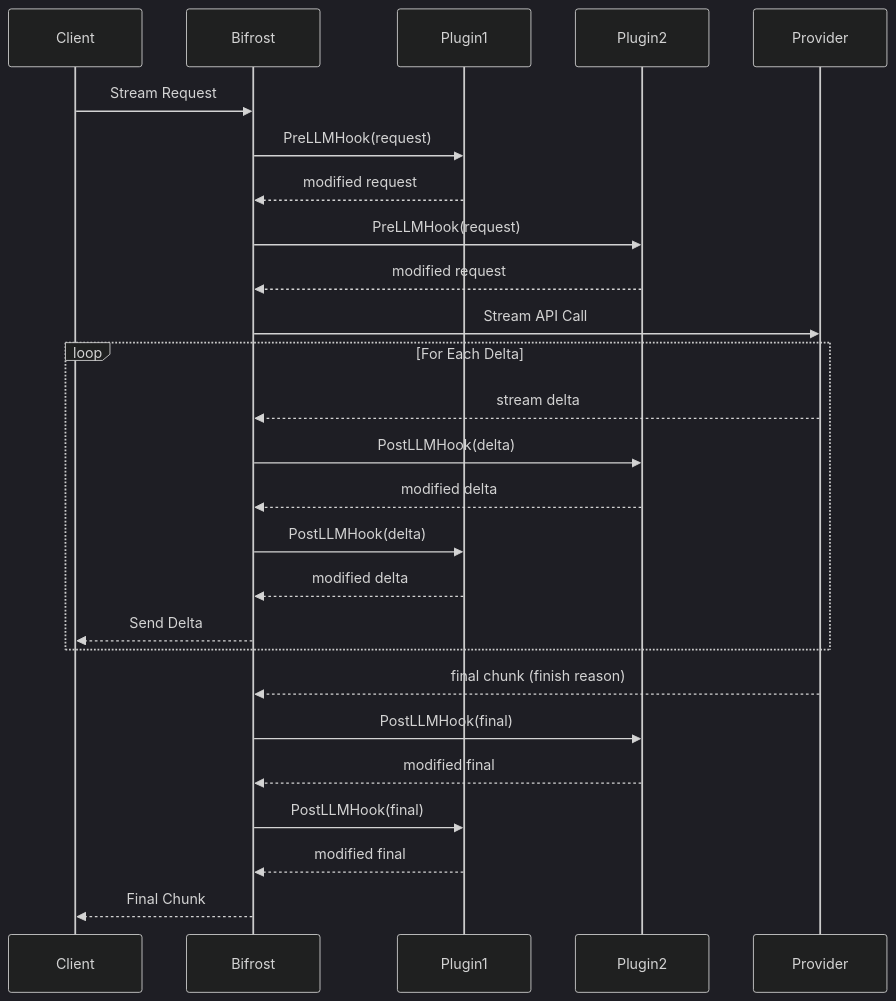
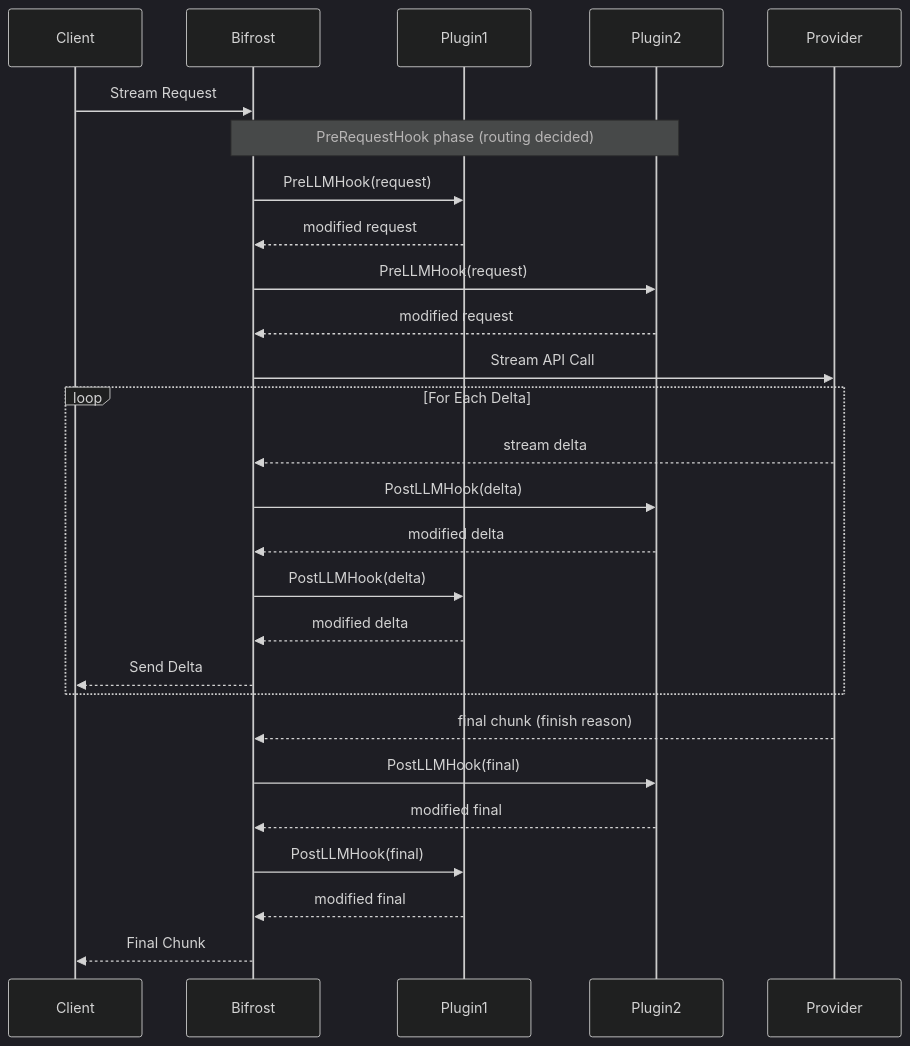
One commit to akhsaul/bifrost changed the fifth of 10 diagrams in docs/architecture/core/plugins.mdx. Above: the diagram before and after it, drawn with Mermaid (dark theme). The commit also changed other lines of this file and 4 other files, not shown here.

First line of the commit message:
docs: add `PreRequestHook` routing phase to plugin lifecycle and sequencing docs (#4178)

````diff
--- a/docs/architecture/core/plugins.mdx
+++ b/docs/architecture/core/plugins.mdx
@@ -197,31 +218,32 @@
 ```mermaid
 sequenceDiagram
     participant Client
     participant Bifrost
     participant Plugin1
     participant Plugin2
     participant Provider
 
     Client->>Bifrost: Stream Request
+    Note over Bifrost,Plugin2: PreRequestHook phase (routing decided)
     Bifrost->>Plugin1: PreLLMHook(request)
     Plugin1-->>Bifrost: modified request
     Bifrost->>Plugin2: PreLLMHook(request)
     Plugin2-->>Bifrost: modified request
     Bifrost->>Provider: Stream API Call
 
     loop For Each Delta
         Provider-->>Bifrost: stream delta
         Bifrost->>Plugin2: PostLLMHook(delta)
         Plugin2-->>Bifrost: modified delta
         Bifrost->>Plugin1: PostLLMHook(delta)
         Plugin1-->>Bifrost: modified delta
         Bifrost-->>Client: Send Delta
     end
 
     Provider-->>Bifrost: final chunk (finish reason)
     Bifrost->>Plugin2: PostLLMHook(final)
     Plugin2-->>Bifrost: modified final
     Bifrost->>Plugin1: PostLLMHook(final)
     Plugin1-->>Bifrost: modified final
     Bifrost-->>Client: Final Chunk
 ```
````
